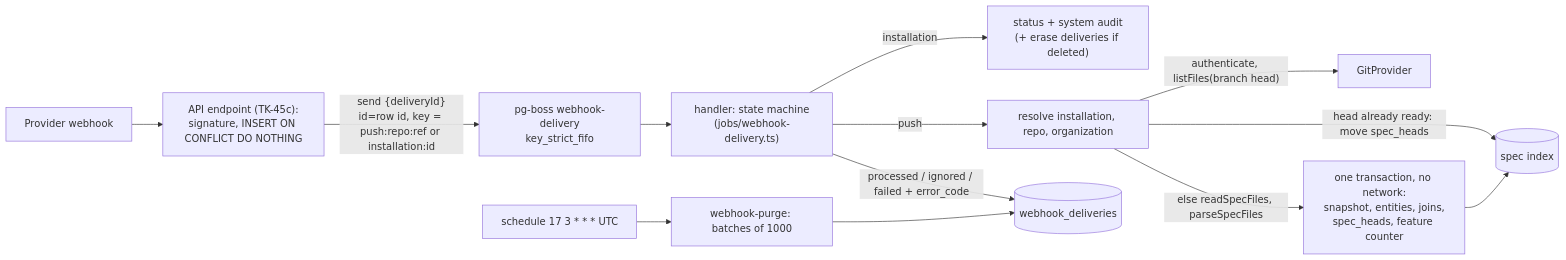
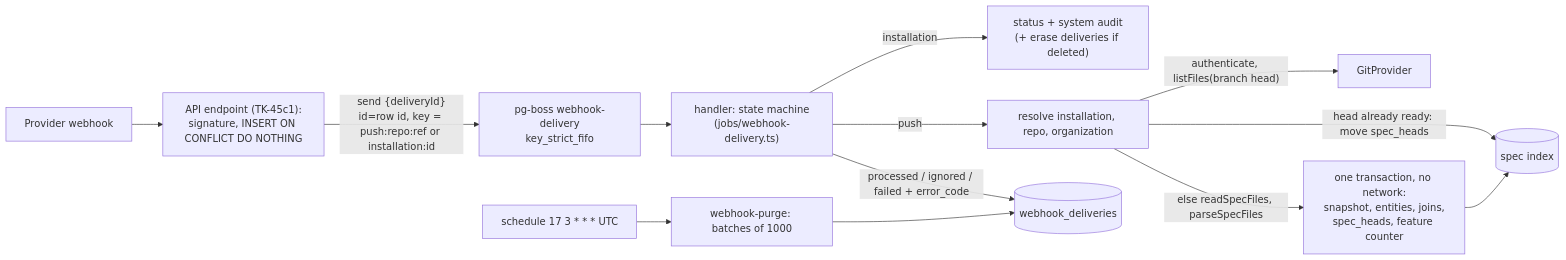
One commit to koklo-dev/koklo changed diagram 25 of 33 in docs/architecture.md. Above: the diagram before and after it, drawn with Mermaid. The commit also changed other lines of this file and 23 other files, not shown here.

Commit message:
feat(api): add the GitHub webhook ingestion endpoint and its web relay

````diff
--- a/docs/architecture.md
+++ b/docs/architecture.md
@@ -791,14 +823,14 @@
 ```mermaid
 flowchart LR
-  P["Provider webhook"] --> E["API endpoint (TK-45c):<br/>signature, INSERT ON CONFLICT DO NOTHING"]
+  P["Provider webhook"] --> E["API endpoint (TK-45c1):<br/>signature, INSERT ON CONFLICT DO NOTHING"]
   E -->|"send {deliveryId}<br/>id=row id, key = push:repo:ref or installation:id"| Q["pg-boss webhook-delivery<br/>key_strict_fifo"]
   Q --> H["handler: state machine<br/>(jobs/webhook-delivery.ts)"]
   H -->|"installation"| IN["status + system audit<br/>(+ erase deliveries if deleted)"]
   H -->|"push"| PU["resolve installation, repo, organization"]
   PU -->|"authenticate, listFiles(branch head)"| G["GitProvider"]
   PU -->|"head already ready: move spec_heads"| X[("spec index")]
   PU -->|"else readSpecFiles, parseSpecFiles"| W["one transaction, no network:<br/>snapshot, entities, joins,<br/>spec_heads, feature counter"]
   W --> X
   H -->|"processed / ignored / failed + error_code"| D[("webhook_deliveries")]
   S["schedule 17 3 * * * UTC"] --> R["webhook-purge: batches of 1000"] --> D
 ```
````
